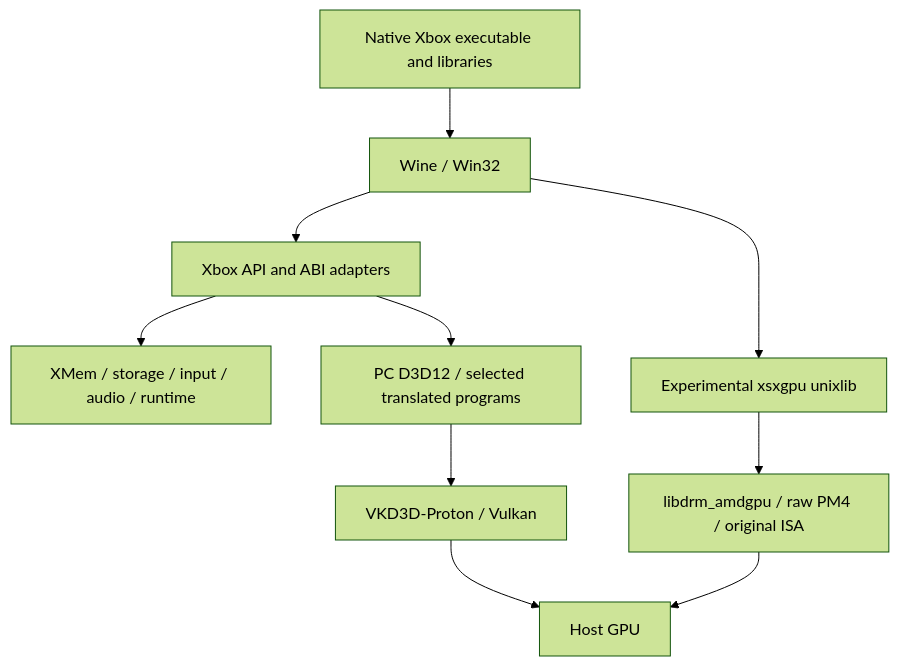
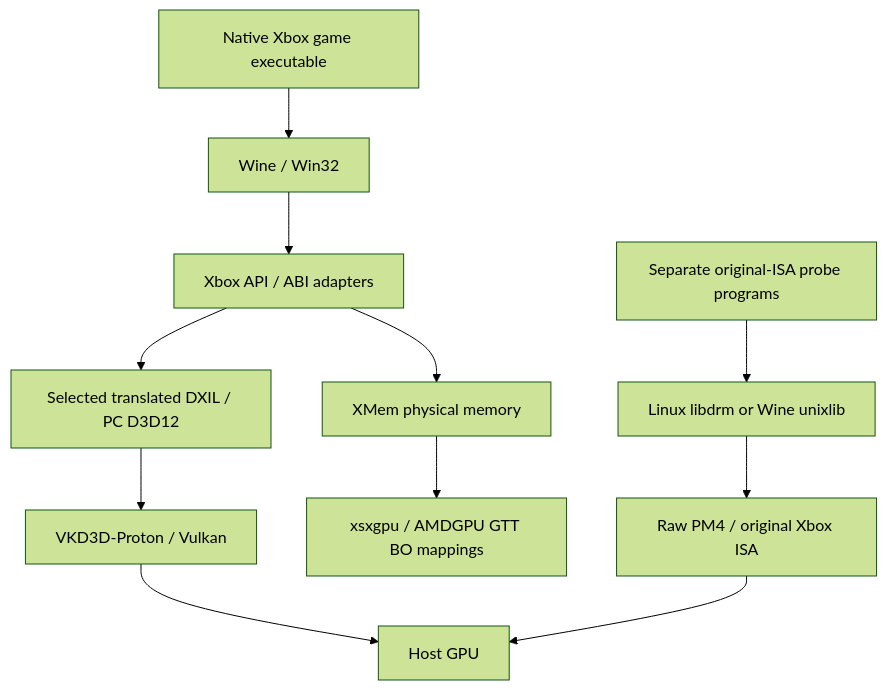
The diagram in README.md (VladTop46/XSX-Compat), drawn with Mermaid (forest theme) before and after one commit. The commit also changed other lines of this file and 10 other files, not shown here.

````diff
--- a/README.md
+++ b/README.md
@@ -46,12 +49,13 @@
 ```mermaid
 flowchart TD
-    Game["Native Xbox executable and libraries"] --> Wine["Wine / Win32"]
-    Wine --> Compat["Xbox API and ABI adapters"]
-    Compat --> Services["XMem / storage / input / audio / runtime"]
-    Compat --> PC["PC D3D12 / selected translated programs"]
+    Game["Native Xbox game executable"] --> Wine["Wine / Win32"]
+    Wine --> Compat["Xbox API / ABI adapters"]
+    Compat --> PC["Selected translated DXIL / PC D3D12"]
     PC --> VKD3D["VKD3D-Proton / Vulkan"]
     VKD3D --> GPU["Host GPU"]
-    Wine --> Unixlib["Experimental xsxgpu unixlib"]
-    Unixlib --> PM4["libdrm_amdgpu / raw PM4 / original ISA"]
+    Compat --> XMem["XMem physical memory"]
+    XMem --> BO["xsxgpu / AMDGPU GTT BO mappings"]
+    Probes["Separate original-ISA probe programs"] --> Native["Linux libdrm or Wine unixlib"]
+    Native --> PM4["Raw PM4 / original Xbox ISA"]
     PM4 --> GPU
 ```
````
